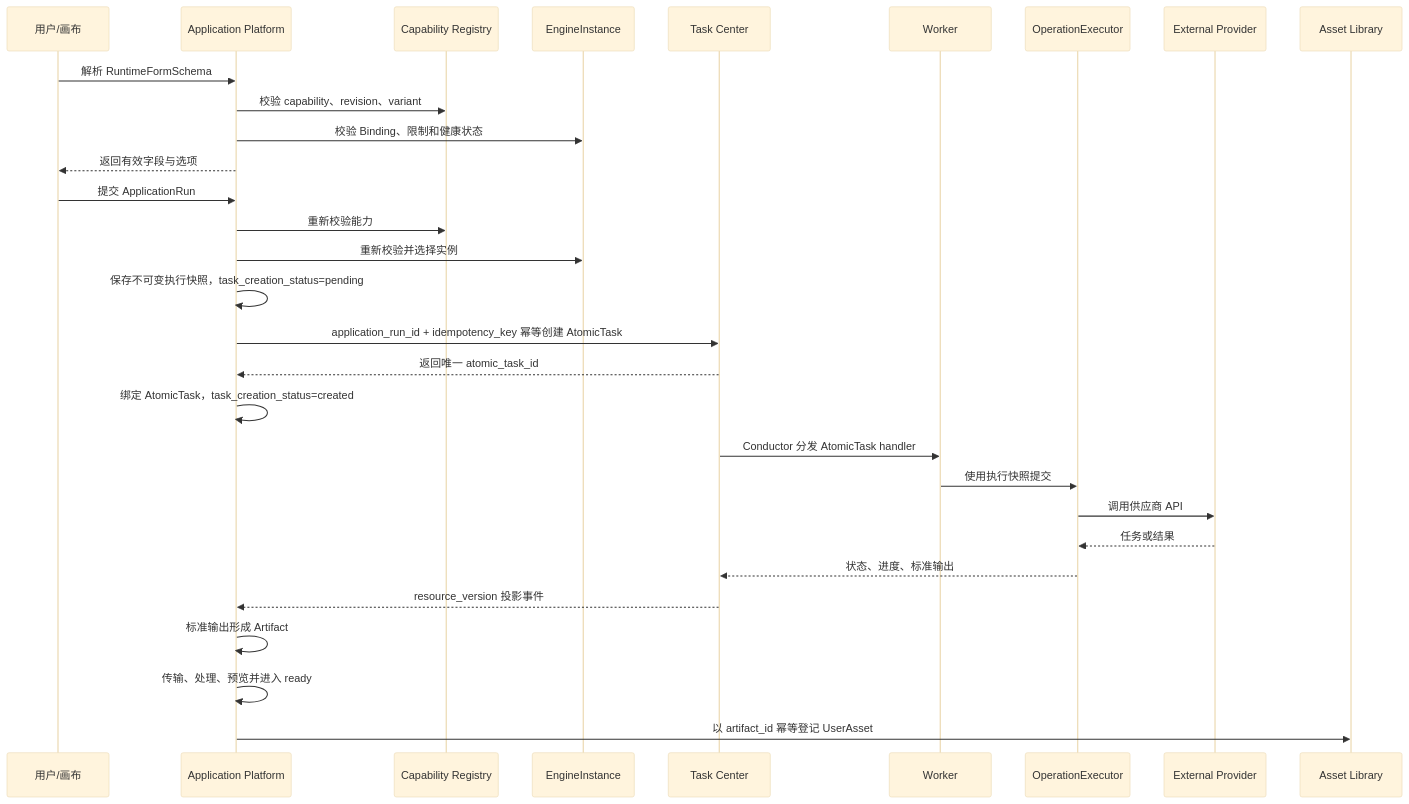
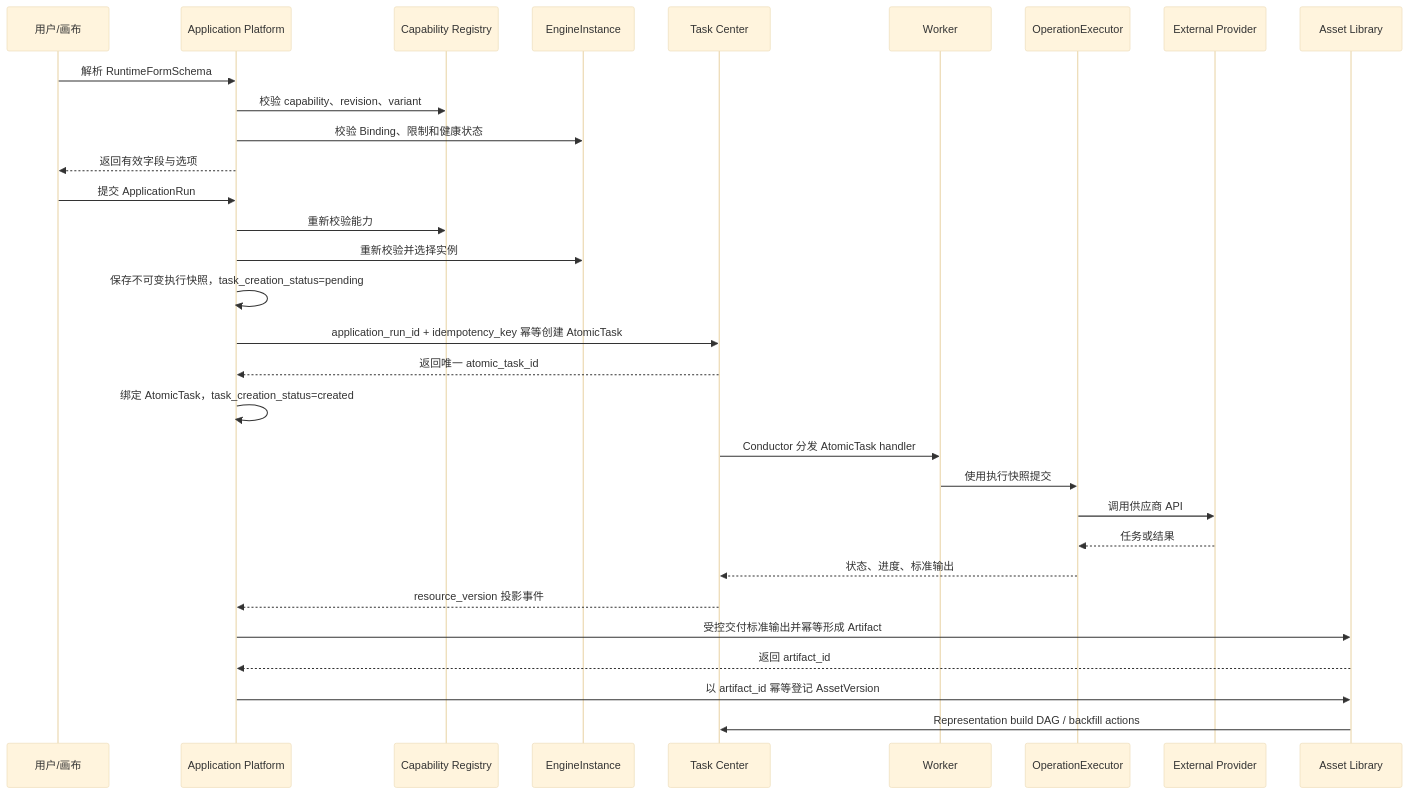
The fourth of 4 diagrams in 02_architecture/domains/application-platform.md (wangweihong/omnimam-spec), drawn with Mermaid (base theme) before and after one commit. The commit also changed other lines of this file and 34 other files, not shown here.

Commit message:
spec(asset-library): migrate artifact ownership

````diff
--- a/02_architecture/domains/application-platform.md
+++ b/02_architecture/domains/application-platform.md
@@ -194,33 +194,34 @@
 ```mermaid
 sequenceDiagram
     participant User as 用户/画布
     participant App as Application Platform
     participant Registry as Capability Registry
     participant Engine as EngineInstance
     participant Task as Task Center
     participant Worker as Worker
     participant Exec as OperationExecutor
     participant Provider as External Provider
     participant Asset as Asset Library
 
     User->>App: 解析 RuntimeFormSchema
     App->>Registry: 校验 capability、revision、variant
     App->>Engine: 校验 Binding、限制和健康状态
     App-->>User: 返回有效字段与选项
     User->>App: 提交 ApplicationRun
     App->>Registry: 重新校验能力
     App->>Engine: 重新校验并选择实例
     App->>App: 保存不可变执行快照，task_creation_status=pending
     App->>Task: application_run_id + idempotency_key 幂等创建 AtomicTask
     Task-->>App: 返回唯一 atomic_task_id
     App->>App: 绑定 AtomicTask，task_creation_status=created
     Task->>Worker: Conductor 分发 AtomicTask handler
     Worker->>Exec: 使用执行快照提交
     Exec->>Provider: 调用供应商 API
     Provider-->>Exec: 任务或结果
     Exec-->>Task: 状态、进度、标准输出
     Task-->>App: resource_version 投影事件
-    App->>App: 标准输出形成 Artifact
-    App->>App: 传输、处理、预览并进入 ready
-    App->>Asset: 以 artifact_id 幂等登记 UserAsset
+    App->>Asset: 受控交付标准输出并幂等形成 Artifact
+    Asset-->>App: 返回 artifact_id
+    App->>Asset: 以 artifact_id 幂等登记 AssetVersion
+    Asset->>Task: Representation build DAG / backfill actions
 ```
````
